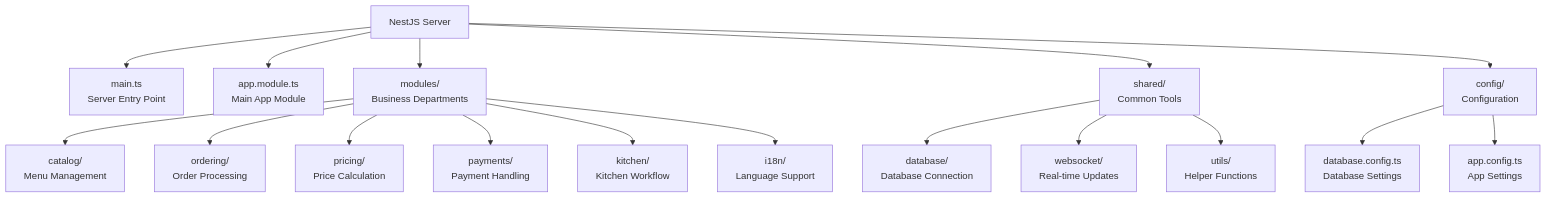
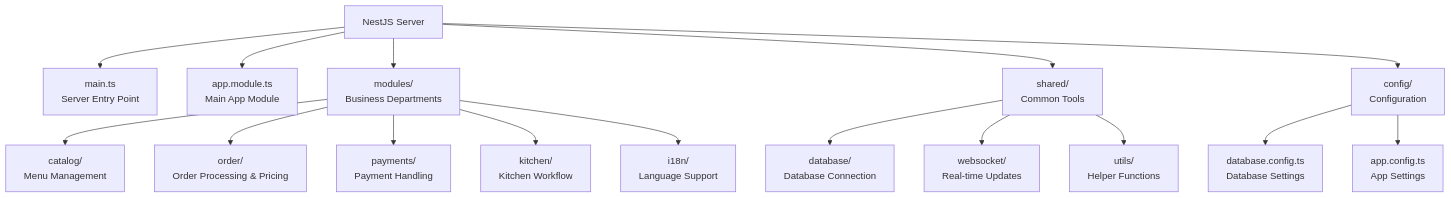
Before and after one commit to Sporidis/frituur-ordering-system: the ninth of 12 diagrams in docs/TECHNICAL_DESIGN.md, drawn with Mermaid. The commit also changed other lines of this file and 248 other files, not shown here.

Commit message:
refactor: implement OutputPort pattern and improve backend architecture

````diff
--- a/docs/TECHNICAL_DESIGN.md
+++ b/docs/TECHNICAL_DESIGN.md
@@ -415,22 +406,21 @@
 ```mermaid
 graph TD
     A[NestJS Server] --> B[main.ts<br/>Server Entry Point]
     A --> C[app.module.ts<br/>Main App Module]
     A --> D[modules/<br/>Business Departments]
     A --> E[shared/<br/>Common Tools]
     A --> F[config/<br/>Configuration]
     
     D --> D1[catalog/<br/>Menu Management]
-    D --> D2[ordering/<br/>Order Processing]
-    D --> D3[pricing/<br/>Price Calculation]
-    D --> D4[payments/<br/>Payment Handling]
-    D --> D5[kitchen/<br/>Kitchen Workflow]
-    D --> D6[i18n/<br/>Language Support]
+    D --> D2[order/<br/>Order Processing & Pricing]
+    D --> D3[payments/<br/>Payment Handling]
+    D --> D4[kitchen/<br/>Kitchen Workflow]
+    D --> D5[i18n/<br/>Language Support]
     
     E --> E1[database/<br/>Database Connection]
     E --> E2[websocket/<br/>Real-time Updates]
     E --> E3[utils/<br/>Helper Functions]
     
     F --> F1[database.config.ts<br/>Database Settings]
     F --> F2[app.config.ts<br/>App Settings]
 ```
````
